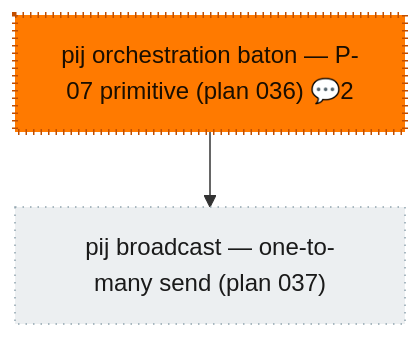
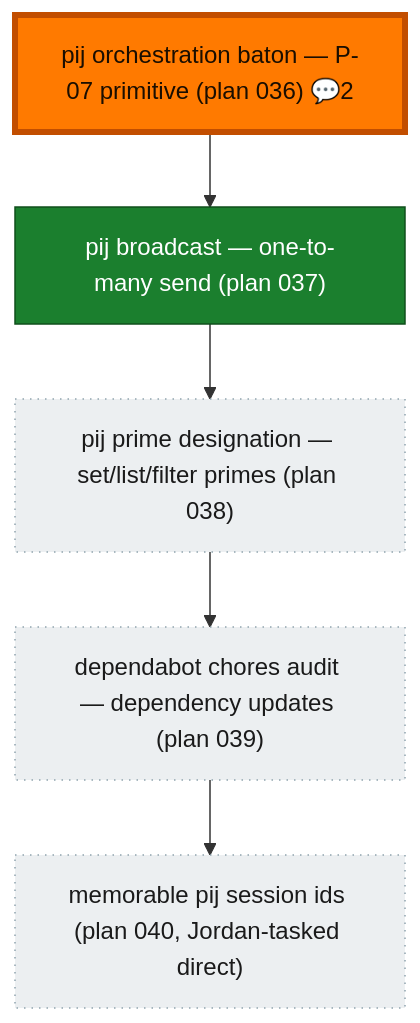
One commit to vaughanknight/pij changed the diagram in government/prime-flow.md. Above: the diagram before and after it, drawn with Mermaid. The commit also changed other lines of this file and 42 other files, not shown here.

First line of the commit message:
chore(government): run-02 snapshot — two streams shipped under the primitive (038 prime designation, 039 dependency audit)

````diff
--- a/government/prime-flow.md
+++ b/government/prime-flow.md
@@ -8,11 +8,15 @@
 ```mermaid
 flowchart TD
-    wi_036["pij orchestration baton — P-07 primitive (plan 036) 💬2"]:::unknown
-    wi_037["pij broadcast — one-to-many send (plan 037)"]:::unknown
+    wi_036["pij orchestration baton — P-07 primitive (plan 036) 💬2"]:::done
+    wi_037["pij broadcast — one-to-many send (plan 037)"]:::done
+    wi_038["pij prime designation — set/list/filter primes (plan 038)"]:::unknown
+    wi_039["dependabot chores audit — dependency updates (plan 039)"]:::unknown
+    wi_040["memorable pij session ids (plan 040, Jordan-tasked direct)"]:::unknown
 
-    wi_036 --> wi_037
+    wi_036 --> wi_037 --> wi_038 --> wi_039 --> wi_040
 
+    classDef done fill:#1B7F2E,stroke:#0F4F1B,color:#fff;
     classDef unknown fill:#ECEFF1,stroke:#90A4AE,color:#1a1a1a,stroke-dasharray:1 4;
     classDef current fill:#FF7A00,stroke:#C24E00,color:#1a0e00,stroke-width:4px;
     class wi_036 current;
 ```
````
